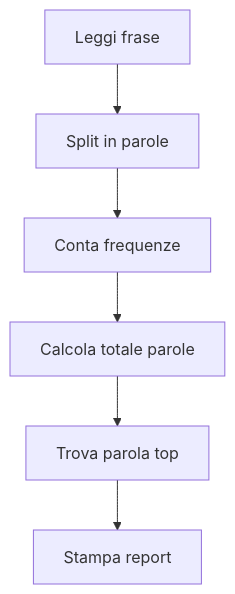
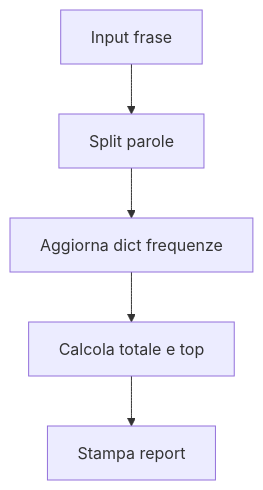
Before and after one commit to lucadagati/Lab_Fondamenti_di_Informatica_25_26: diagram 20 of 20 in 04-python-jupyter-analisi-biomedica/README.md, drawn with Mermaid. The commit also changed other lines of this file, not shown here.

First line of the commit message:
README Lab 4: diagrammi separati per Jupyter e Python

````diff
--- a/04-python-jupyter-analisi-biomedica/README.md
+++ b/04-python-jupyter-analisi-biomedica/README.md
@@ -162,8 +225,7 @@
 ```mermaid
 flowchart TD
-    A[Leggi frase] --> B[Split in parole]
-    B --> C[Conta frequenze]
-    C --> D[Calcola totale parole]
-    D --> E[Trova parola top]
-    E --> F[Stampa report]
+    A[Input frase] --> B[Split parole]
+    B --> C[Aggiorna dict frequenze]
+    C --> D[Calcola totale e top]
+    D --> E[Stampa report]
 ```
````
